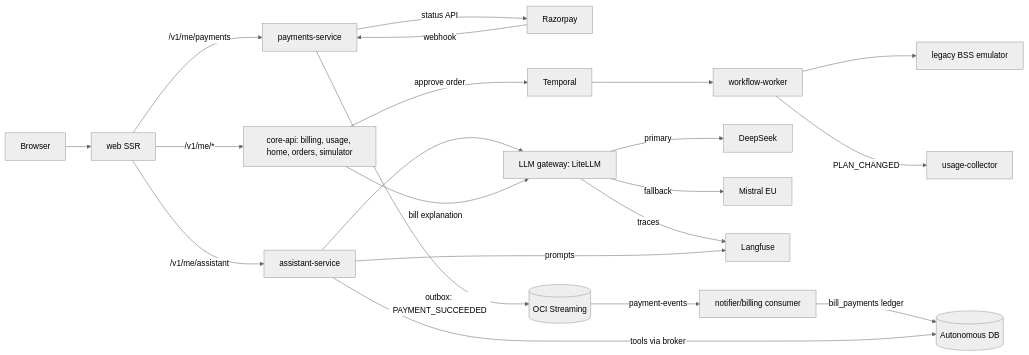
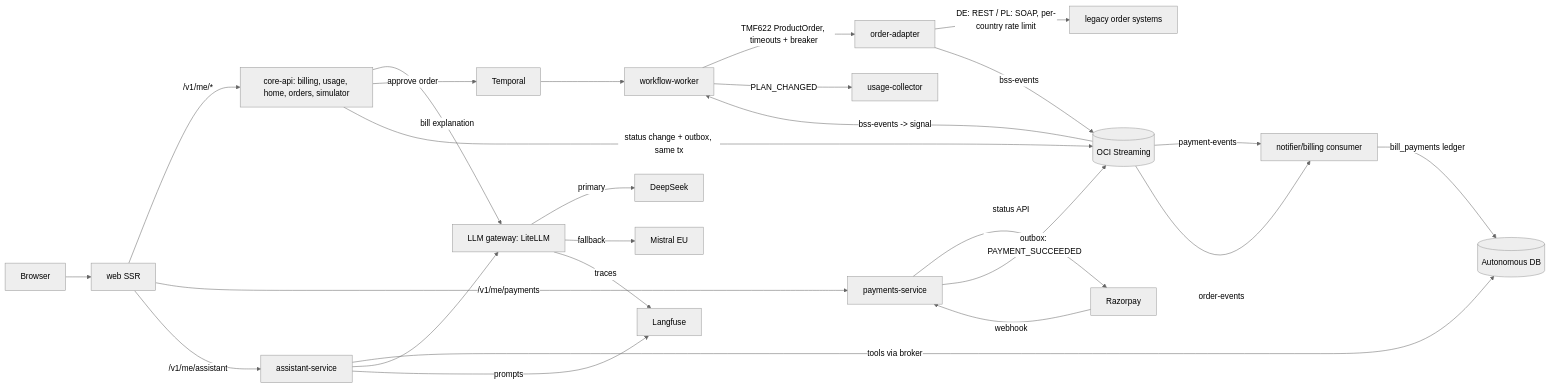
One commit to prateekladha/dt-selfcare changed the diagram in docs/PLATFORM.md. Above: the diagram before and after it, drawn with Mermaid (neutral theme). The commit also changed other lines of this file and 2 other files, not shown here.

````diff
--- a/docs/PLATFORM.md
+++ b/docs/PLATFORM.md
@@ -3,23 +3,28 @@
 ```mermaid
 flowchart LR
   B[Browser] --> W[web SSR]
   W -->|/v1/me/*| C[core-api: billing, usage, home, orders, simulator]
   W -->|/v1/me/payments| P[payments-service]
   W -->|/v1/me/assistant| A[assistant-service]
   RZ[Razorpay] -->|webhook| P
   P -->|status API| RZ
   P -->|outbox: PAYMENT_SUCCEEDED| ST[(OCI Streaming)]
   ST -->|payment-events| N[notifier/billing consumer]
   N -->|bill_payments ledger| DB[(Autonomous DB)]
   A -->|tools via broker| DB
   A --> G[LLM gateway: LiteLLM]
   C -->|bill explanation| G
   G -->|primary| DS[DeepSeek]
   G -->|fallback| MI[Mistral EU]
   G -->|traces| LF[Langfuse]
   A -->|prompts| LF
   C -->|approve order| T[Temporal]
   T --> WW[workflow-worker]
-  WW --> BSS[legacy BSS emulator]
+  WW -->|TMF622 ProductOrder, timeouts + breaker| AD[order-adapter]
+  AD -->|DE: REST / PL: SOAP, per-country rate limit| BSS[legacy order systems]
+  AD -->|bss-events| ST
+  ST -->|bss-events -> signal| WW
+  C -->|status change + outbox, same tx| ST
+  ST -->|order-events| N
   WW -->|PLAN_CHANGED| COL[usage-collector]
 ```
````
